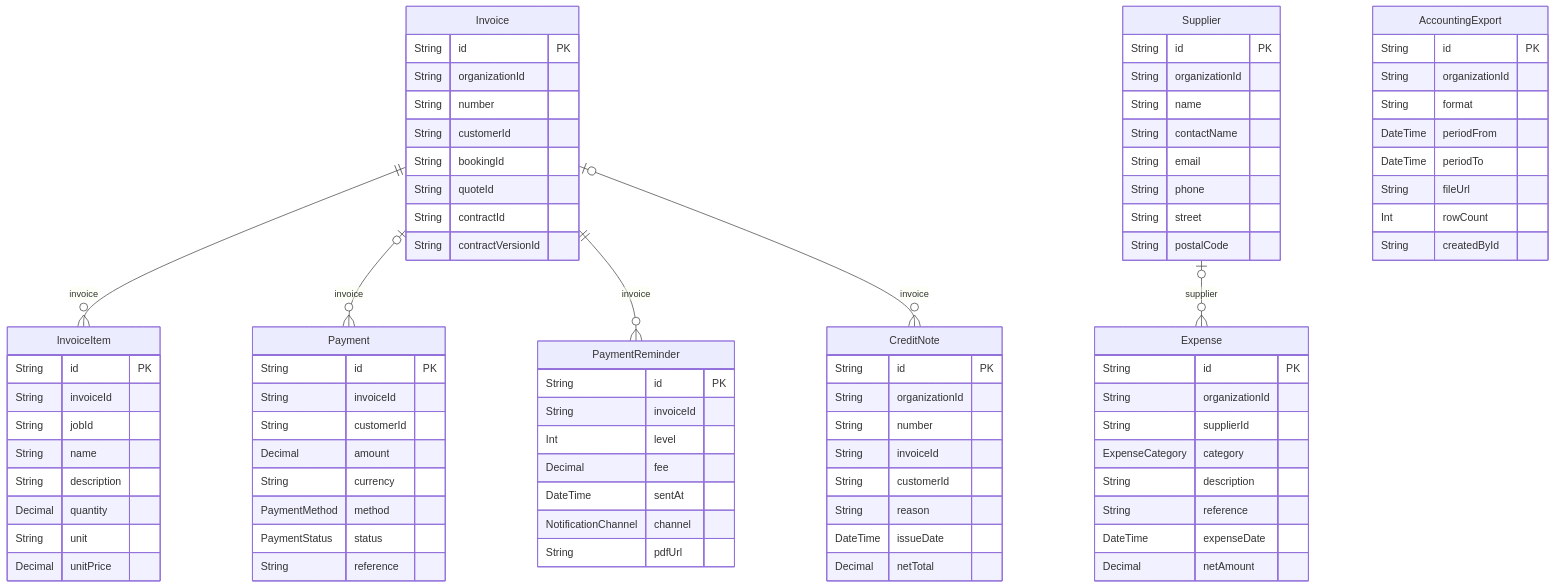
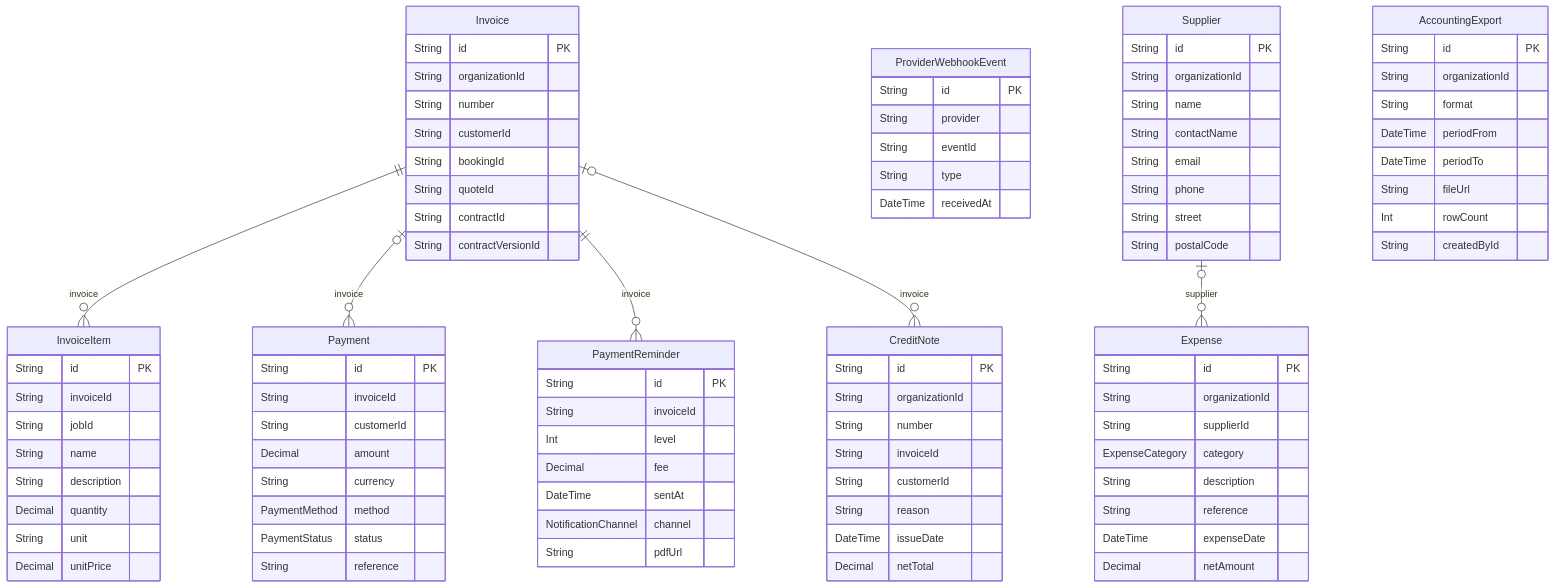
One commit to javadqasemi/Clenaris changed the tenth of 15 diagrams in docs/DATABASE.md. Above: the diagram before and after it, drawn with Mermaid. The commit also changed other lines of this file and 11 other files, not shown here.

```diff
--- a/docs/DATABASE.md
+++ b/docs/DATABASE.md
@@ -1136,6 +1136,13 @@
     PaymentMethod method
     PaymentStatus status
     String reference
+  }
+  ProviderWebhookEvent {
+    String id PK
+    String provider
+    String eventId
+    String type
+    DateTime receivedAt
   }
   PaymentReminder {
     String id PK
```
